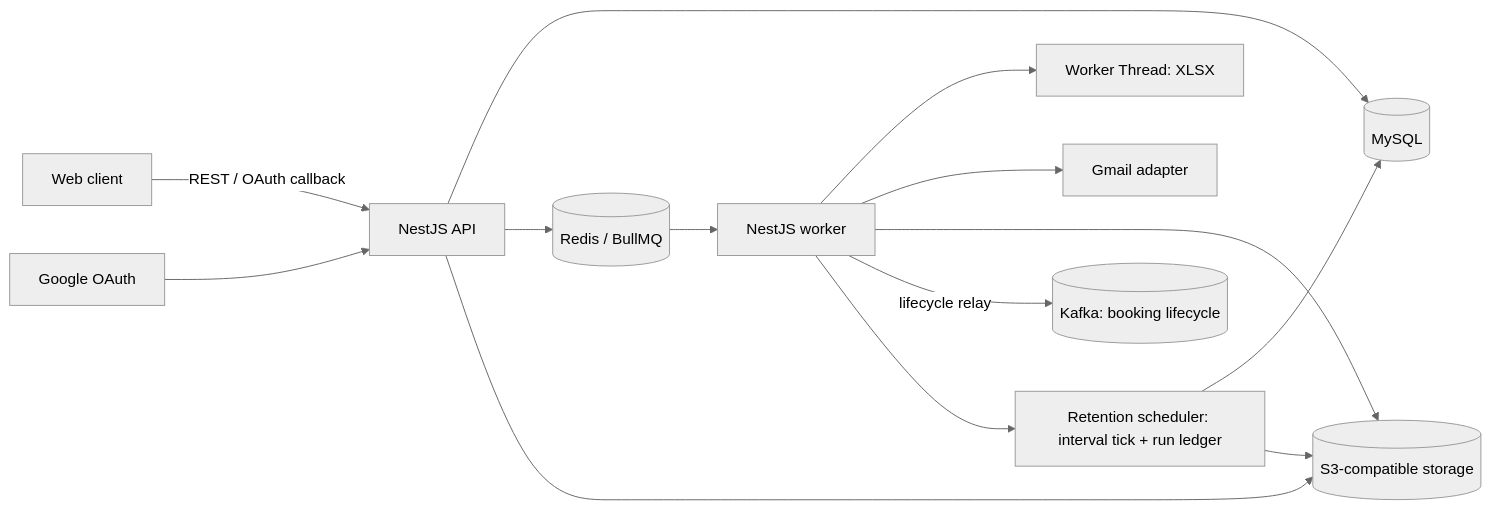
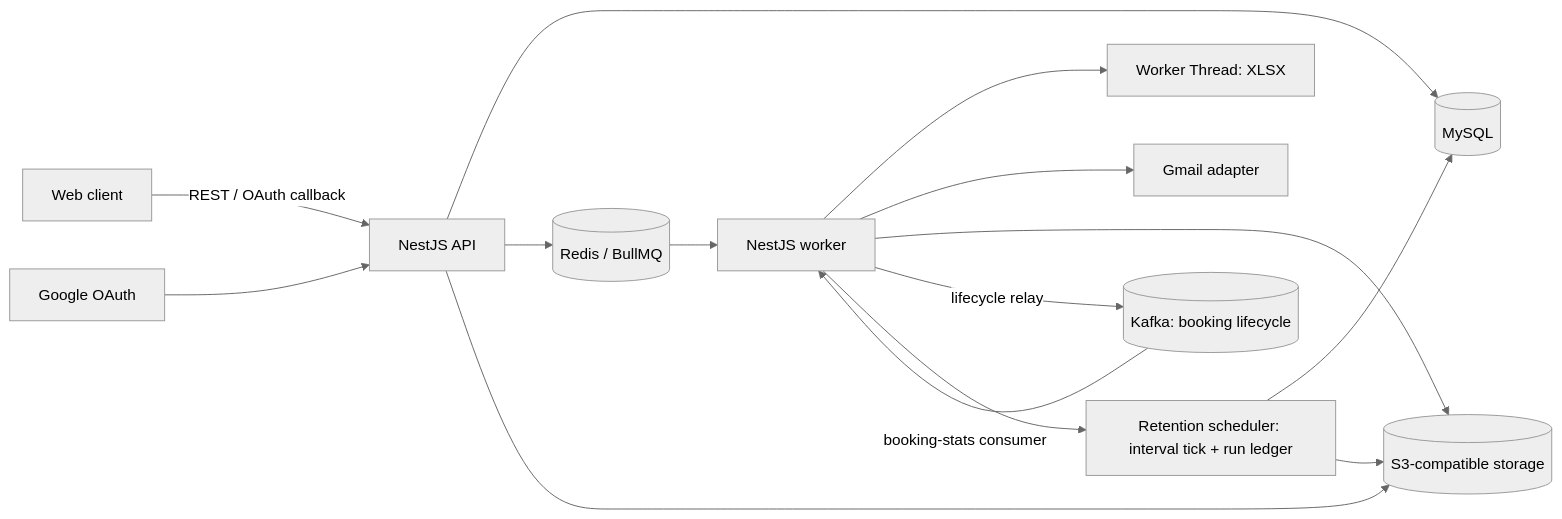
One commit to thaind-2785/nestjs-mock-project changed the diagram in docs/architecture/system-design.md. Above: the diagram before and after it, drawn with Mermaid (neutral theme). The commit also changed other lines of this file and 82 other files, not shown here.

````diff
--- a/docs/architecture/system-design.md
+++ b/docs/architecture/system-design.md
@@ -18,16 +18,17 @@
 ```mermaid
 flowchart LR
     C[Web client] -->|REST / OAuth callback| API[NestJS API]
     G[Google OAuth] --> API
     API --> DB[(MySQL)]
     API --> R[(Redis / BullMQ)]
     API --> S[(S3-compatible storage)]
     R --> Q[NestJS worker]
     Q --> WT[Worker Thread: XLSX]
     Q --> GM[Gmail adapter]
     Q --> S
     Q -->|lifecycle relay| K[(Kafka: booking lifecycle)]
+    K -->|booking-stats consumer| Q
     Q --> RET[Retention scheduler: interval tick + run ledger]
     RET --> DB
     RET --> S
 ```
````
